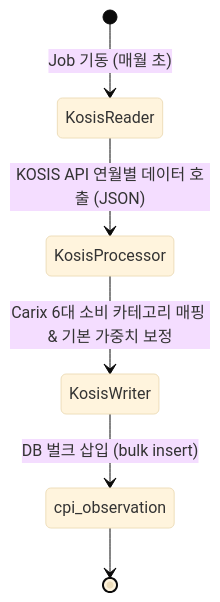
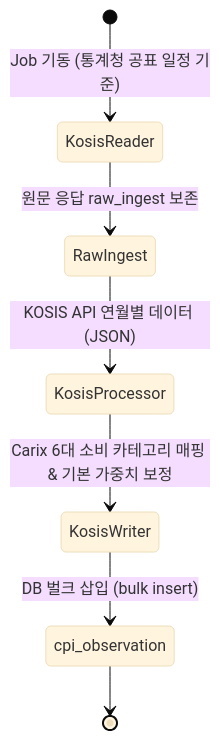
The second of 5 diagrams in docs/superpowers/specs/2026-07-18-application-workflow-spec.md (SeoHyeokGyu/Carix), drawn with Mermaid (base theme) before and after one commit. The commit also changed other lines of this file and 10 other files, not shown here.

````diff
--- a/docs/superpowers/specs/2026-07-18-application-workflow-spec.md
+++ b/docs/superpowers/specs/2026-07-18-application-workflow-spec.md
@@ -87,8 +95,9 @@
 ```mermaid
 stateDiagram-v2
-    [*] --> KosisReader : Job 기동 (매월 초)
-    KosisReader --> KosisProcessor : KOSIS API 연월별 데이터 호출 (JSON)
+    [*] --> KosisReader : Job 기동 (통계청 공표 일정 기준)
+    KosisReader --> RawIngest : 원문 응답 raw_ingest 보존
+    RawIngest --> KosisProcessor : KOSIS API 연월별 데이터 (JSON)
     KosisProcessor --> KosisWriter : Carix 6대 소비 카테고리 매핑 & 기본 가중치 보정
     KosisWriter --> cpi_observation : DB 벌크 삽입 (bulk insert)
     cpi_observation --> [*]
 ```
````
